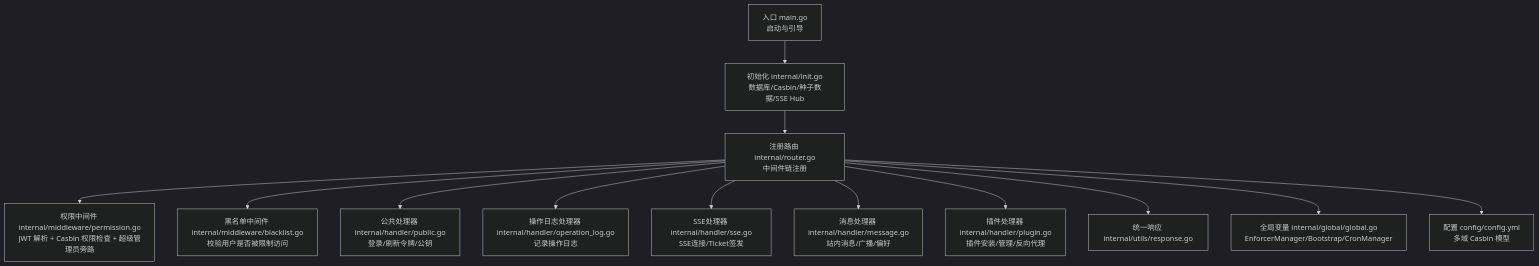
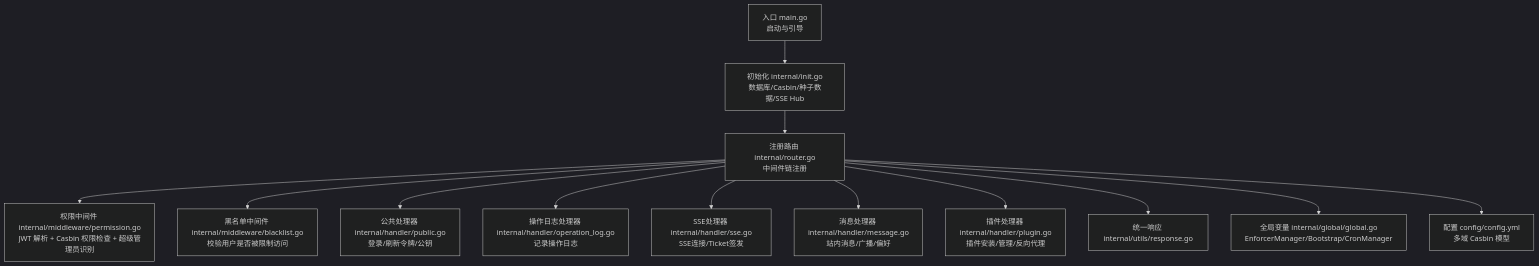
Before and after one commit to wuwuseo/e-sports-go-admin: the first of 7 diagrams in .qoder/repowiki/zh/content/架构设计/中间件架构.md, drawn with Mermaid (dark theme). The commit also changed other lines of this file and 15 other files, not shown here.

````diff
--- a/.qoder/repowiki/zh/content/架构设计/中间件架构.md
+++ b/.qoder/repowiki/zh/content/架构设计/中间件架构.md
@@ -55,15 +55,15 @@
 ```mermaid
 graph TB
 A["入口 main.go<br/>启动与引导"] --> B["初始化 internal/init.go<br/>数据库/Casbin/种子数据/SSE Hub"]
 B --> C["注册路由 internal/router.go<br/>中间件链注册"]
-C --> D["权限中间件 internal/middleware/permission.go<br/>JWT 解析 + Casbin 权限检查 + 超级管理员旁路"]
+C --> D["权限中间件 internal/middleware/permission.go<br/>JWT 解析 + Casbin 权限检查 + 超级管理员识别"]
 C --> D2["黑名单中间件 internal/middleware/blacklist.go<br/>校验用户是否被限制访问"]
 C --> E["公共处理器 internal/handler/public.go<br/>登录/刷新令牌/公钥"]
 C --> F["操作日志处理器 internal/handler/operation_log.go<br/>记录操作日志"]
 C --> G["SSE处理器 internal/handler/sse.go<br/>SSE连接/Ticket签发"]
 C --> H["消息处理器 internal/handler/message.go<br/>站内消息/广播/偏好"]
 C --> I["插件处理器 internal/handler/plugin.go<br/>插件安装/管理/反向代理"]
 C --> J["统一响应 internal/utils/response.go"]
 C --> K["全局变量 internal/global/global.go<br/>EnforcerManager/Bootstrap/CronManager"]
 C --> L["配置 config/config.yml<br/>多域 Casbin 模型"]
 ```
````
